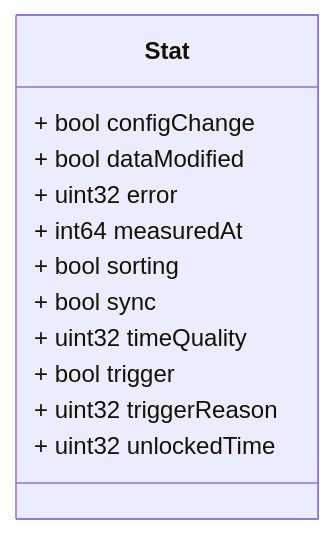
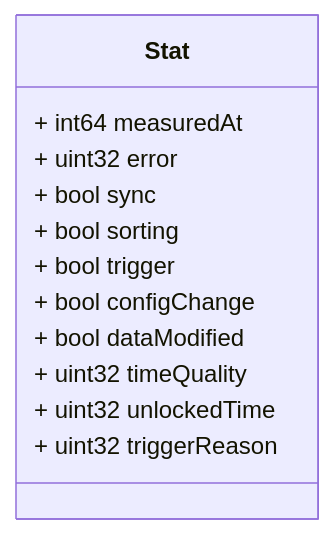
One commit to zaphiro-technologies/protobuf changed the diagram in docs/stat.proto.md. Above: the diagram before and after it, drawn with Mermaid. The commit also changed other lines of this file and 12 other files, not shown here.

First line of the commit message:
Replace custom proto-gen-md-diagrams with official one (#50)

````diff
--- a/docs/stat.proto.md
+++ b/docs/stat.proto.md
@@ -26,25 +26,25 @@
 ```mermaid
 classDiagram
 direction LR
 
 %% A Stat of PMU data, check IEEE C37.118 standard for more details.
 %% Headers used in rabbitMQ:
 %% * `id` (string): id of the `Stat` message.
 %% * `producerId` (string): the id of the PMU linked to the Stat.
 %% * `timestampId` (int64): related measurement Unix msec timestamp (if any)
 %% 
 
 class Stat {
+  + int64 measuredAt
+  + uint32 error
+  + bool sync
+  + bool sorting
+  + bool trigger
   + bool configChange
   + bool dataModified
-  + uint32 error
-  + int64 measuredAt
-  + bool sorting
-  + bool sync
   + uint32 timeQuality
-  + bool trigger
+  + uint32 unlockedTime
   + uint32 triggerReason
-  + uint32 unlockedTime
 }
 
 ```
````
